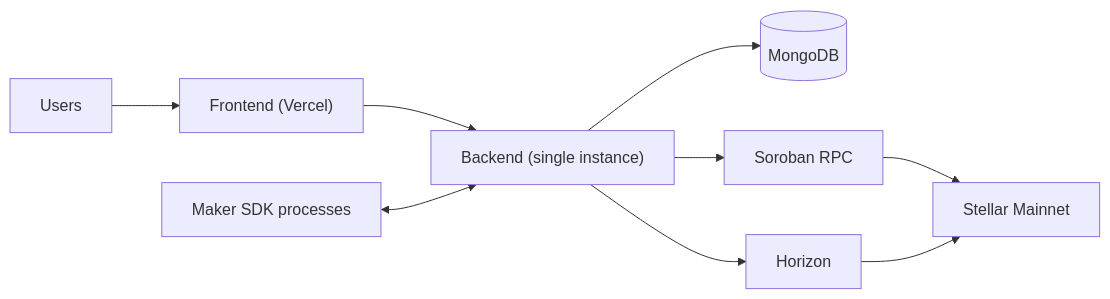
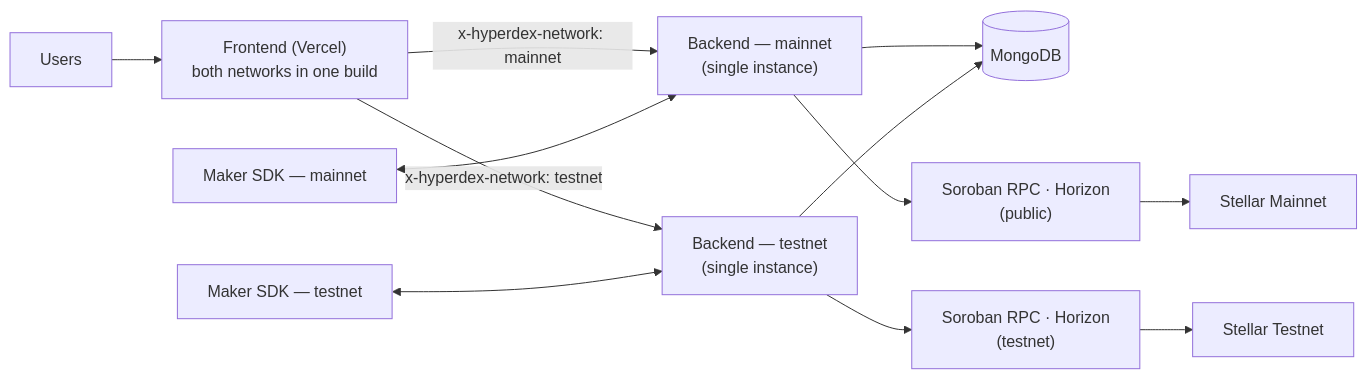
Before and after one commit to hyperdexnetwork/HyperDex: the seventh of 9 diagrams in docs/TECHNICAL_ARCHITECTURE.md, drawn with Mermaid. The commit also changed other lines of this file and 1 other file, not shown here.

First line of the commit message:
Docs: describe event-verified settlement, wallets and the network switch

````diff
--- a/docs/TECHNICAL_ARCHITECTURE.md
+++ b/docs/TECHNICAL_ARCHITECTURE.md
@@ -485,11 +533,14 @@
 ```mermaid
 flowchart LR
-    U["Users"] --> FE["Frontend (Vercel)"]
-    FE --> BE["Backend (single instance)"]
-    BE --> DB[("MongoDB")]
-    BE --> RPC["Soroban RPC"]
-    BE --> HZ["Horizon"]
-    MK["Maker SDK processes"] <--> BE
-    RPC --> N["Stellar Mainnet"]
-    HZ --> N
+    U["Users"] --> FE["Frontend (Vercel)<br/>both networks in one build"]
+    FE -->|"x-hyperdex-network: mainnet"| BEM["Backend — mainnet<br/>(single instance)"]
+    FE -->|"x-hyperdex-network: testnet"| BET["Backend — testnet<br/>(single instance)"]
+    BEM --> DB[("MongoDB")]
+    BET --> DB
+    BEM --> RPCM["Soroban RPC · Horizon<br/>(public)"]
+    BET --> RPCT["Soroban RPC · Horizon<br/>(testnet)"]
+    MKM["Maker SDK — mainnet"] <--> BEM
+    MKT["Maker SDK — testnet"] <--> BET
+    RPCM --> NM["Stellar Mainnet"]
+    RPCT --> NT["Stellar Testnet"]
 ```
````
